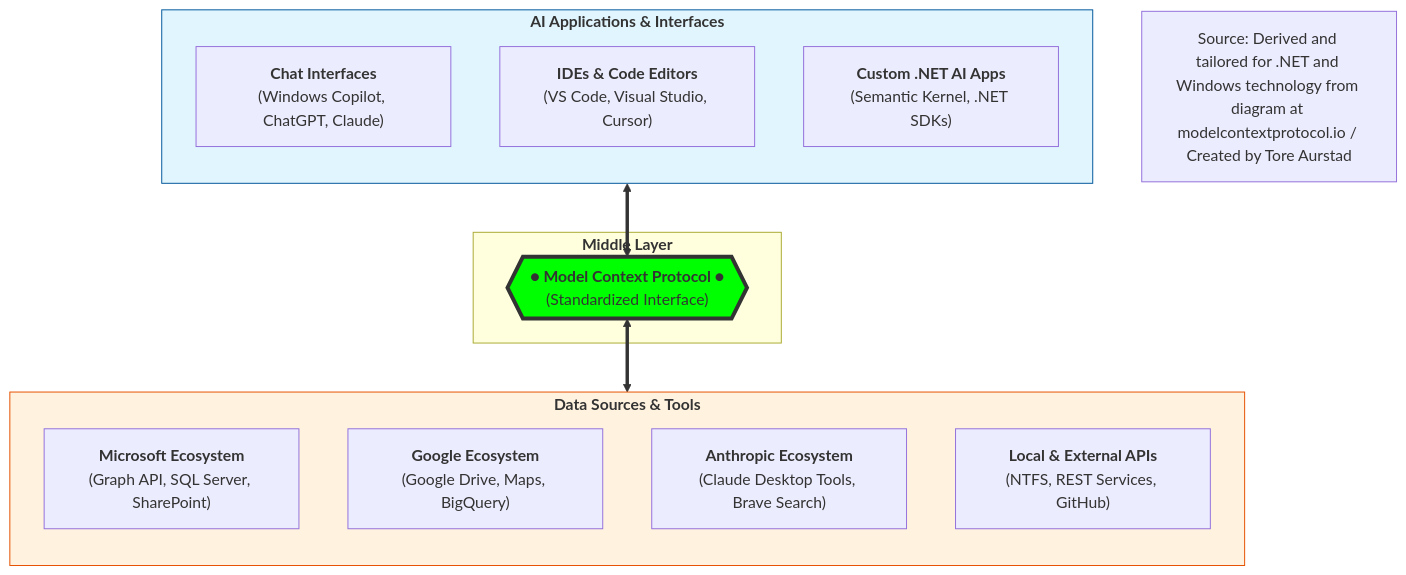
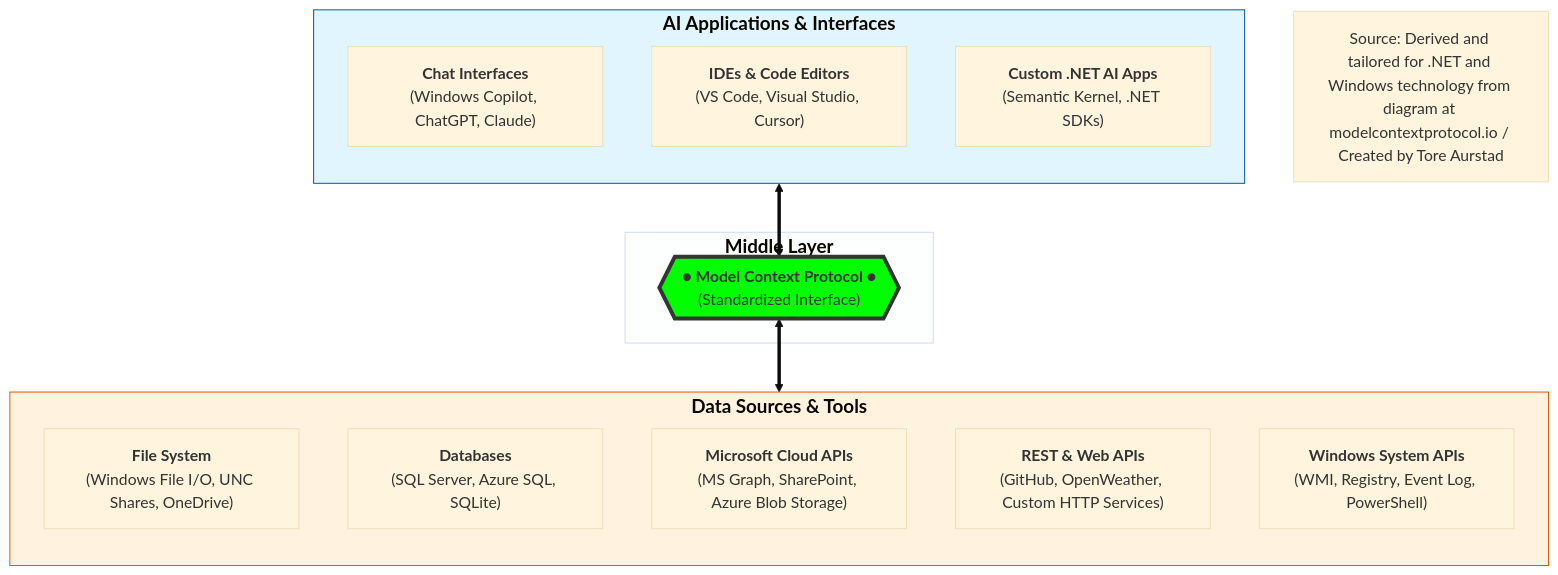
The diagram in lectures/ProgrammaticMcpDemo.md (toreaurstadboss/toreaurstadboss.github.io), drawn with Mermaid before and after one commit. The commit also changed 1 other file, not shown here.

Commit message:
Updated MCP lecture: improved Data Sources subgraph with Windows-focused examples

````diff
--- a/lectures/ProgrammaticMcpDemo.md
+++ b/lectures/ProgrammaticMcpDemo.md
@@ -8,35 +8,36 @@
 ```mermaid
-
+%%{init: {'theme': 'base', 'themeVariables': {'clusterBkg': '#e1f5fe11', 'fontSize': '16px'}}}%%
 graph TD
-    subgraph AI_Applications [<b>AI Applications & Interfaces</b>]
+    subgraph AI_Applications ["<big><b>AI Applications & Interfaces</b></big><br/><br/>"]
         direction TB
         A1["<b>Chat Interfaces</b><br/>(Windows Copilot, ChatGPT, Claude)"]
         A2["<b>IDEs & Code Editors</b><br/>(VS Code, Visual Studio, Cursor)"]
         A3["<b>Custom .NET AI Apps</b><br/>(Semantic Kernel, .NET SDKs)"]
     end
 
-    subgraph Protocol_Layer [<b>Middle Layer</b>]
+    subgraph Protocol_Layer ["<big><b>Middle Layer</b></big><br/>"]
         MCP{{"<b>● Model Context Protocol ●</b><br/>(Standardized Interface)"}}
     end
 
-    subgraph Data_Tools [<b>Data Sources & Tools</b>]
+    subgraph Data_Tools ["<big><b>Data Sources & Tools</b></big><br/><br/>"]
         direction TB
-        D1["<b>Microsoft Ecosystem</b><br/>(Graph API, SQL Server, SharePoint)"]
-        D2["<b>Google Ecosystem</b><br/>(Google Drive, Maps, BigQuery)"]
-        D3["<b>Anthropic Ecosystem</b><br/>(Claude Desktop Tools, Brave Search)"]
-        D4["<b>Local & External APIs</b><br/>(NTFS, REST Services, GitHub)"]
+        D1["<b>File System</b><br/>(Windows File I/O, UNC Shares, OneDrive)"]
+        D2["<b>Databases</b><br/>(SQL Server, Azure SQL, SQLite)"]
+        D3["<b>Microsoft Cloud APIs</b><br/>(MS Graph, SharePoint, Azure Blob Storage)"]
+        D4["<b>REST & Web APIs</b><br/>(GitHub, OpenWeather, Custom HTTP Services)"]
+        D5["<b>Windows System APIs</b><br/>(WMI, Registry, Event Log, PowerShell)"]
     end
 
     %% Bidirectional Relationships
     AI_Applications <==> MCP
     MCP <==> Data_Tools
 
     %% Styling
     style MCP fill:#00FF00,stroke:#333,stroke-width:4px
     style AI_Applications fill:#e1f5fe,stroke:#01579b
     style Data_Tools fill:#fff3e0,stroke:#e65100
     
     %% Source attribution
     caption[Source: Derived and tailored for .NET and Windows technology from diagram at modelcontextprotocol.io / Created by Tore Aurstad]
 
 ```
````
